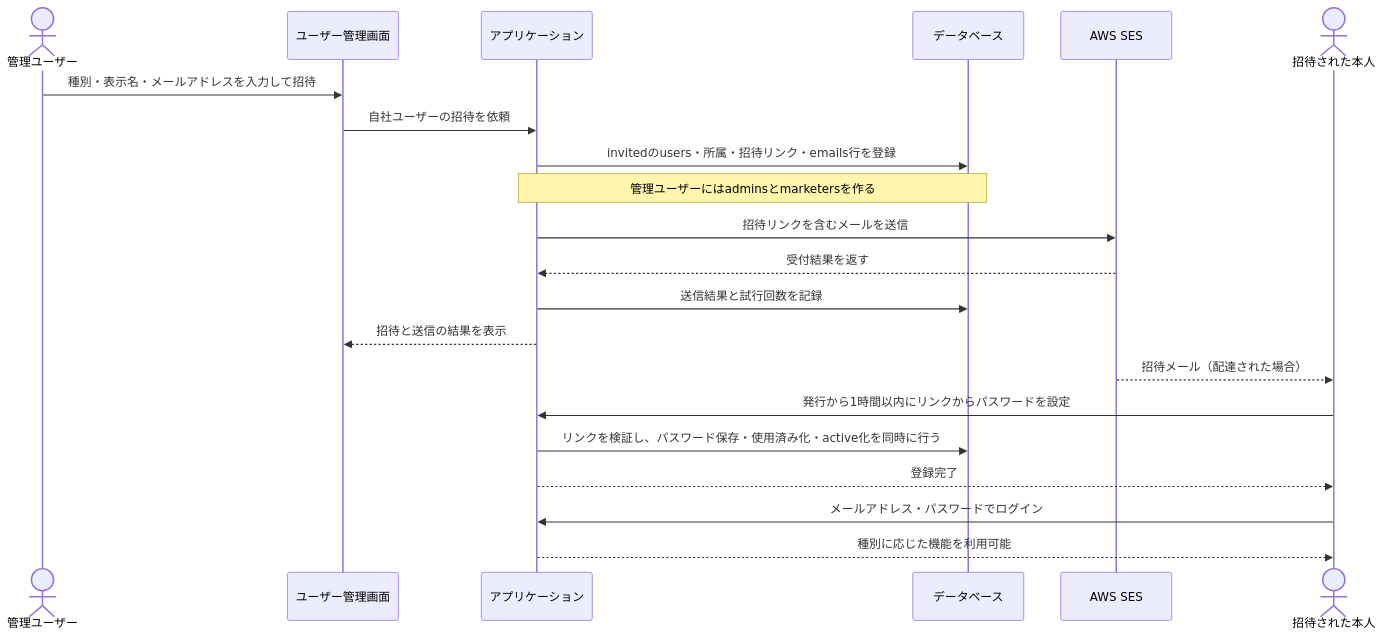
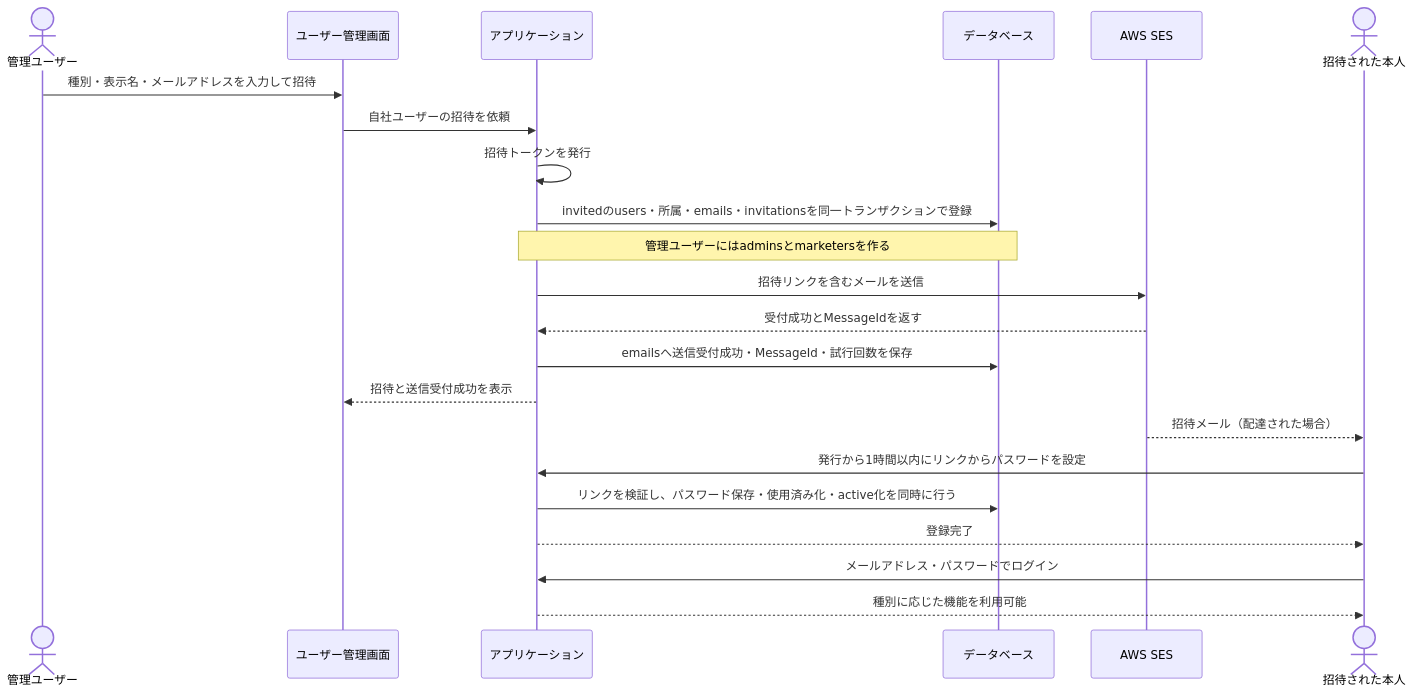
Before and after one commit to nishimura-yuma77/hiromeru: the sixth of 8 diagrams in docs/v.0.1/USECASE.md, drawn with Mermaid. The commit also changed other lines of this file and 5 other files, not shown here.

````diff
--- a/docs/v.0.1/USECASE.md
+++ b/docs/v.0.1/USECASE.md
@@ -450,24 +453,25 @@
 ```mermaid
 sequenceDiagram
     actor Admin as 管理ユーザー
     participant UI as ユーザー管理画面
     participant App as アプリケーション
     participant DB as データベース
     participant SES as AWS SES
     actor Invitee as 招待された本人
 
     Admin->>UI: 種別・表示名・メールアドレスを入力して招待
     UI->>App: 自社ユーザーの招待を依頼
-    App->>DB: invitedのusers・所属・招待リンク・emails行を登録
+    App->>App: 招待トークンを発行
+    App->>DB: invitedのusers・所属・emails・invitationsを同一トランザクションで登録
     Note over App,DB: 管理ユーザーにはadminsとmarketersを作る
     App->>SES: 招待リンクを含むメールを送信
-    SES-->>App: 受付結果を返す
-    App->>DB: 送信結果と試行回数を記録
-    App-->>UI: 招待と送信の結果を表示
+    SES-->>App: 受付成功とMessageIdを返す
+    App->>DB: emailsへ送信受付成功・MessageId・試行回数を保存
+    App-->>UI: 招待と送信受付成功を表示
     SES-->>Invitee: 招待メール（配達された場合）
     Invitee->>App: 発行から1時間以内にリンクからパスワードを設定
     App->>DB: リンクを検証し、パスワード保存・使用済み化・active化を同時に行う
     App-->>Invitee: 登録完了
     Invitee->>App: メールアドレス・パスワードでログイン
     App-->>Invitee: 種別に応じた機能を利用可能
 ```
````
